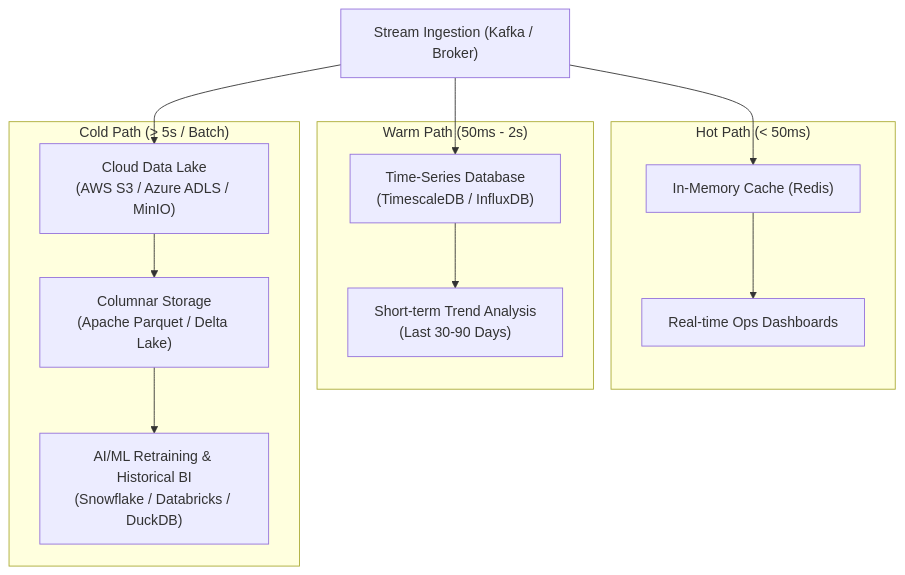
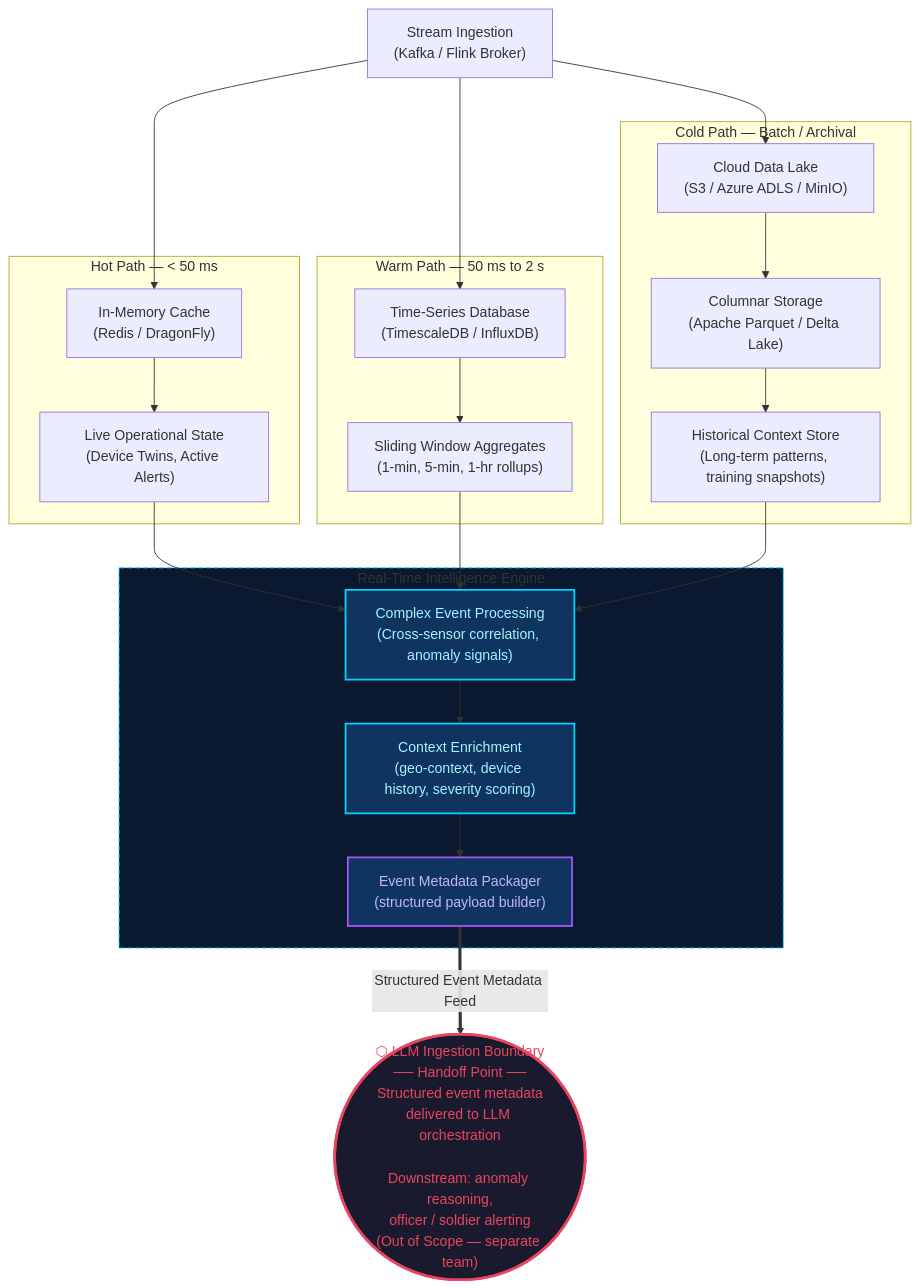
Before and after one commit to chamika-u/mini-ideathon-smart-ecosystem: the second of 2 diagrams in docs/iot-pipeline-architecture.md, drawn with Mermaid. The commit also changed other lines of this file, not shown here.

Commit message:
docs: add architecture specification for end-to-end IoT telemetry and pipeline integration

````diff
--- a/docs/iot-pipeline-architecture.md
+++ b/docs/iot-pipeline-architecture.md
@@ -205,28 +215,45 @@
 ```mermaid
 graph TD
-    STREAM["Stream Ingestion (Kafka / Broker)"]
+    STREAM["Stream Ingestion\n(Kafka / Flink Broker)"]
 
-    subgraph HOT["Hot Path (< 50ms)"]
-        REDIS["In-Memory Cache (Redis)"]
-        LIVE["Real-time Ops Dashboards"]
+    subgraph HOT["Hot Path — < 50 ms"]
+        REDIS["In-Memory Cache\n(Redis / DragonFly)"]
+        LIVE["Live Operational State\n(Device Twins, Active Alerts)"]
     end
 
-    subgraph WARM["Warm Path (50ms - 2s)"]
+    subgraph WARM["Warm Path — 50 ms to 2 s"]
         TSDB["Time-Series Database\n(TimescaleDB / InfluxDB)"]
-        ANOMALY["Short-term Trend Analysis\n(Last 30-90 Days)"]
+        WINDOW["Sliding Window Aggregates\n(1-min, 5-min, 1-hr rollups)"]
     end
 
-    subgraph COLD["Cold Path (> 5s / Batch)"]
-        LAKE["Cloud Data Lake\n(AWS S3 / Azure ADLS / MinIO)"]
+    subgraph COLD["Cold Path — Batch / Archival"]
+        LAKE["Cloud Data Lake\n(S3 / Azure ADLS / MinIO)"]
         FORMAT["Columnar Storage\n(Apache Parquet / Delta Lake)"]
-        ML["AI/ML Retraining & Historical BI\n(Snowflake / Databricks / DuckDB)"]
+        HIST["Historical Context Store\n(Long-term patterns, training snapshots)"]
     end
+
+    subgraph RTAI["Real-Time Intelligence Engine"]
+        CEP["Complex Event Processing\n(Cross-sensor correlation, anomaly signals)"]
+        ENRICH["Context Enrichment\n(geo-context, device history, severity scoring)"]
+        PACK["Event Metadata Packager\n(structured payload builder)"]
+    end
+
+    LLM_FEED(["⬡ LLM Ingestion Boundary\n── Handoff Point ──\nStructured event metadata\ndelivered to LLM orchestration\n\nDownstream: anomaly reasoning,\nofficer / soldier alerting\n(Out of Scope — separate team)"])
 
     STREAM --> REDIS
     STREAM --> TSDB
     STREAM --> LAKE
 
-    REDIS --> LIVE
-    TSDB --> ANOMALY
-    LAKE --> FORMAT --> ML
+    REDIS --> LIVE --> CEP
+    TSDB --> WINDOW --> CEP
+    LAKE --> FORMAT --> HIST --> CEP
+
+    CEP --> ENRICH --> PACK
+    PACK ==>|"Structured Event Metadata Feed"| LLM_FEED
+
+    style LLM_FEED fill:#1a1a2e,stroke:#e94560,stroke-width:3px,color:#e94560
+    style PACK fill:#0f3460,stroke:#a855f7,stroke-width:2px,color:#c4b5fd
+    style CEP fill:#0f3460,stroke:#00d4ff,stroke-width:2px,color:#a5f3fc
+    style ENRICH fill:#0f3460,stroke:#00d4ff,stroke-width:2px,color:#a5f3fc
+    style RTAI fill:#0a192f,stroke:#00d4ff,stroke-dasharray: 6 3
 ```
````
